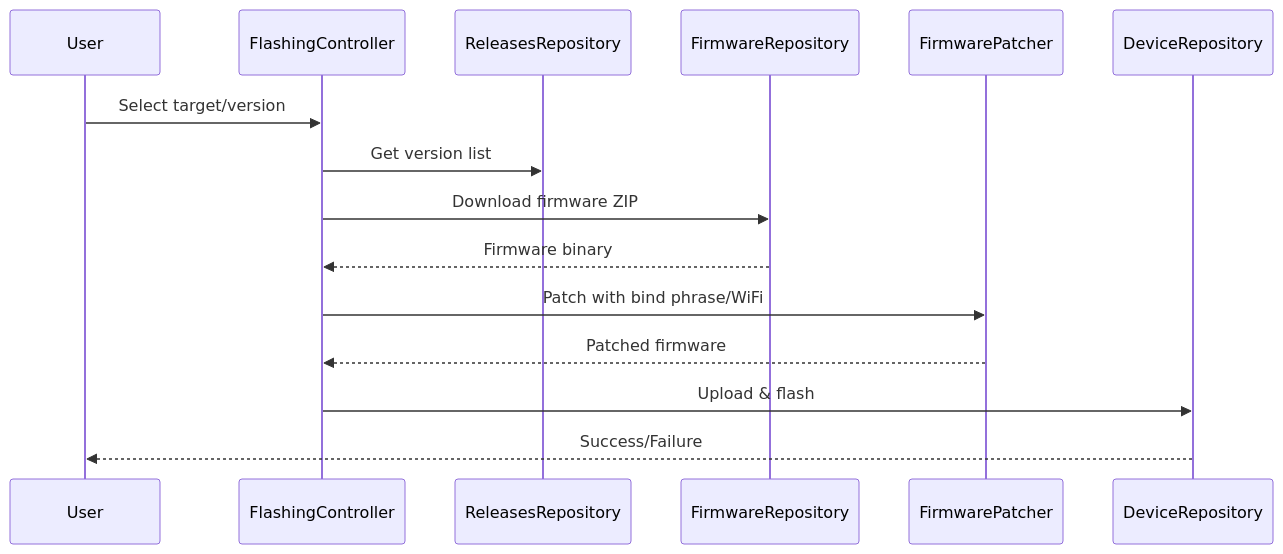
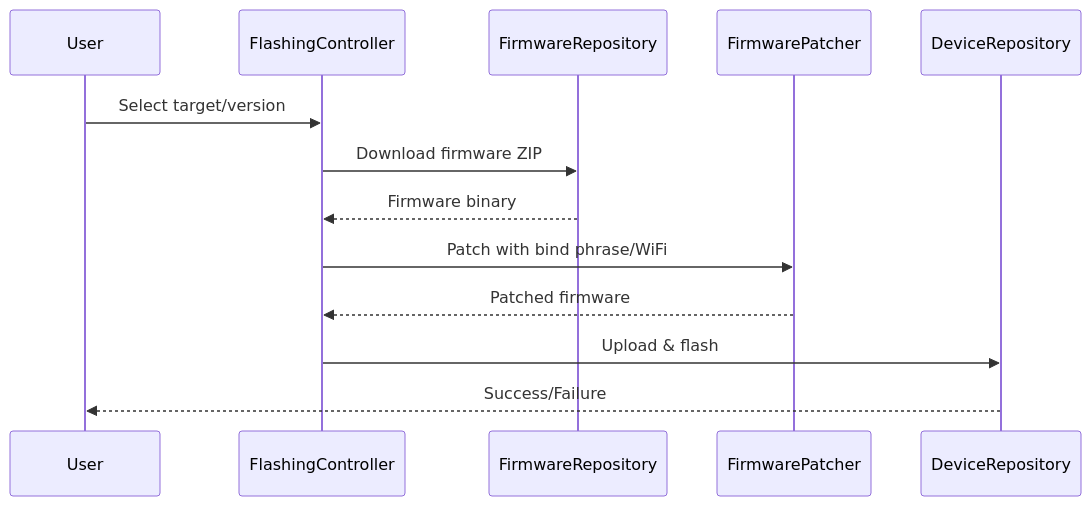
The second of 4 diagrams in .rp1/context/architecture.md (wbhinton/ELRS-Mobile), drawn with Mermaid before and after one commit. The commit also changed other lines of this file and 5 other files, not shown here.

````diff
--- a/.rp1/context/architecture.md
+++ b/.rp1/context/architecture.md
@@ -96,18 +118,16 @@
 ```mermaid
 sequenceDiagram
     participant User
     participant FlashingController
-    participant ReleasesRepository
     participant FirmwareRepository
     participant FirmwarePatcher
     participant DeviceRepository
     
     User->>FlashingController: Select target/version
-    FlashingController->>ReleasesRepository: Get version list
     FlashingController->>FirmwareRepository: Download firmware ZIP
     FirmwareRepository-->>FlashingController: Firmware binary
     FlashingController->>FirmwarePatcher: Patch with bind phrase/WiFi
     FirmwarePatcher-->>FlashingController: Patched firmware
     FlashingController->>DeviceRepository: Upload & flash
     DeviceRepository-->>User: Success/Failure
 ```
````
